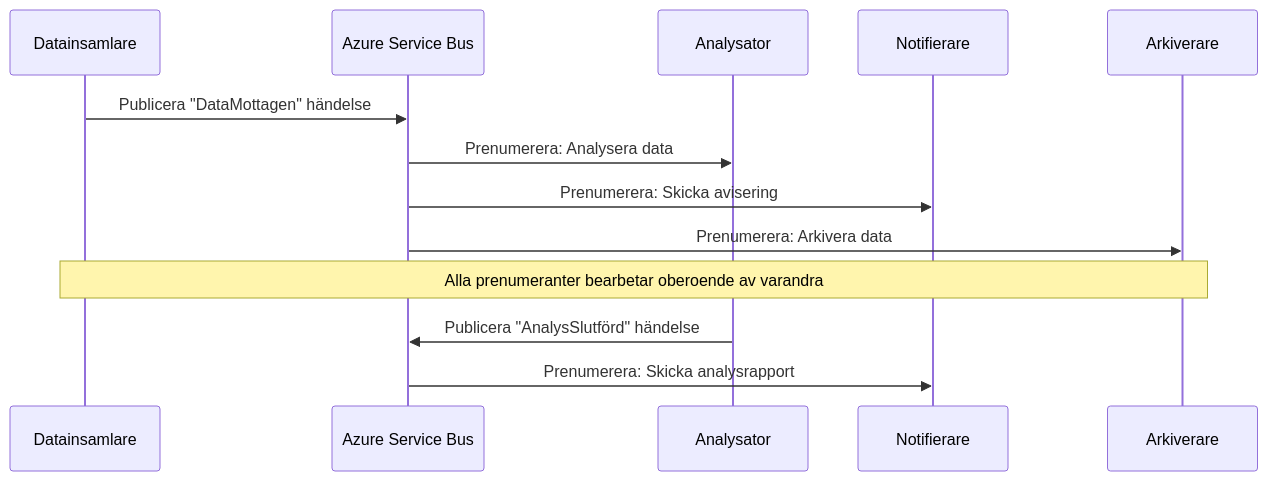
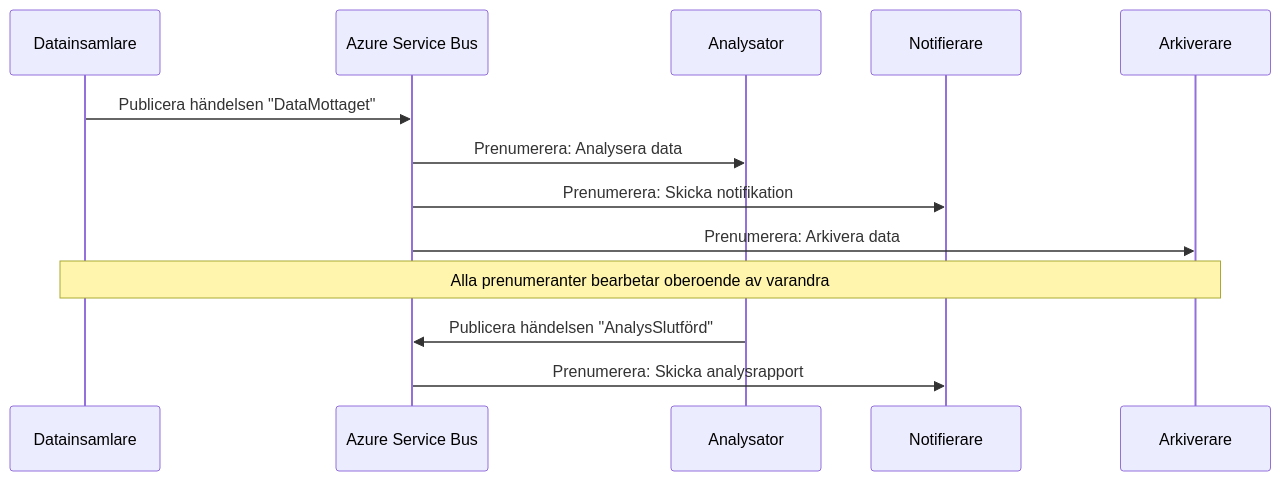
One commit to microsoft/AZD-for-beginners changed the fourth of 5 diagrams in translations/sv/docs/chapter-06-pre-deployment/coordination-patterns.md. Above: the diagram before and after it, drawn with Mermaid. The commit also changed other lines of this file and 101 other files, not shown here.

````diff
--- a/translations/sv/docs/chapter-06-pre-deployment/coordination-patterns.md
+++ b/translations/sv/docs/chapter-06-pre-deployment/coordination-patterns.md
@@ -191,18 +185,18 @@
 ```mermaid
 sequenceDiagram
     participant Agent1 as Datainsamlare
     participant EventBus as Azure Service Bus
     participant Agent2 as Analysator
     participant Agent3 as Notifierare
     participant Agent4 as Arkiverare
     
-    Agent1->>EventBus: Publicera "DataMottagen" händelse
+    Agent1->>EventBus: Publicera händelsen "DataMottaget"
     EventBus->>Agent2: Prenumerera: Analysera data
-    EventBus->>Agent3: Prenumerera: Skicka avisering
+    EventBus->>Agent3: Prenumerera: Skicka notifikation
     EventBus->>Agent4: Prenumerera: Arkivera data
     
     Note over Agent1,Agent4: Alla prenumeranter bearbetar oberoende av varandra
     
-    Agent2->>EventBus: Publicera "AnalysSlutförd" händelse
+    Agent2->>EventBus: Publicera händelsen "AnalysSlutförd"
     EventBus->>Agent3: Prenumerera: Skicka analysrapport
 ```
````
